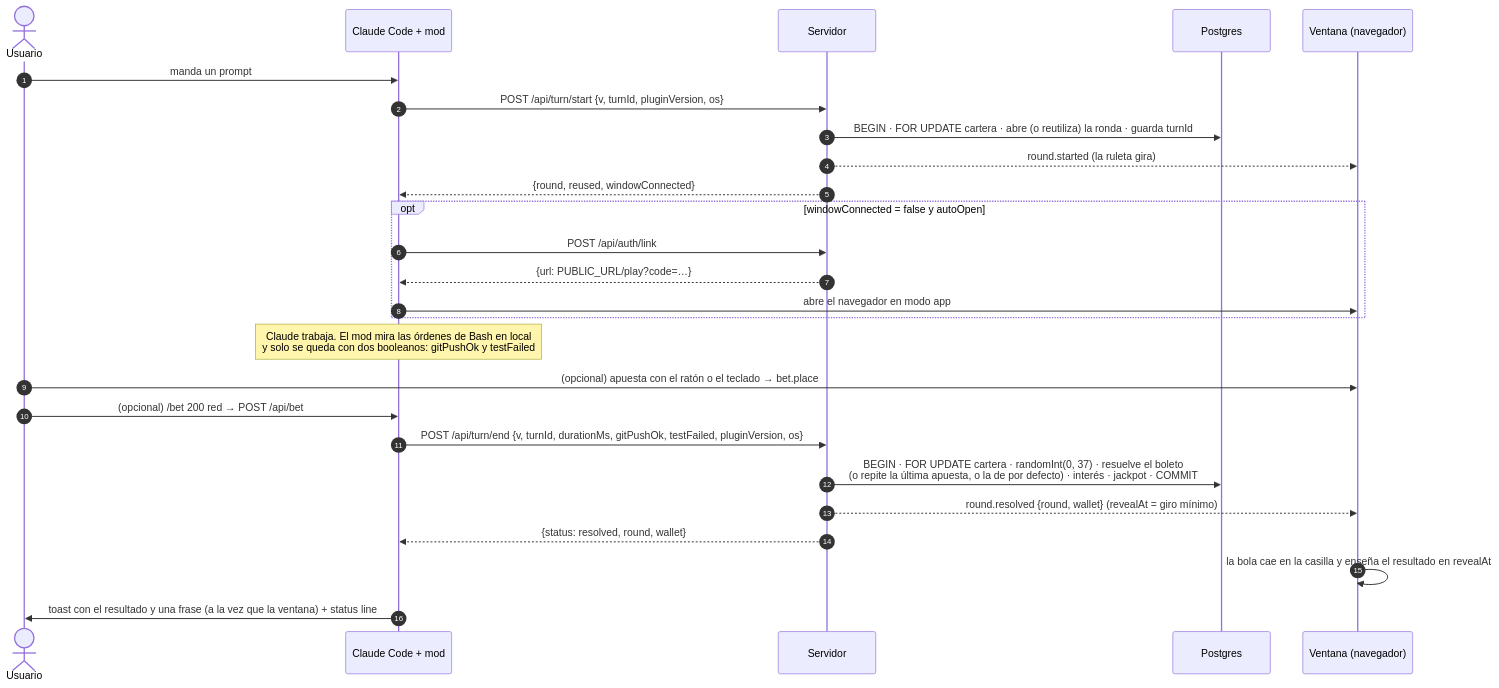
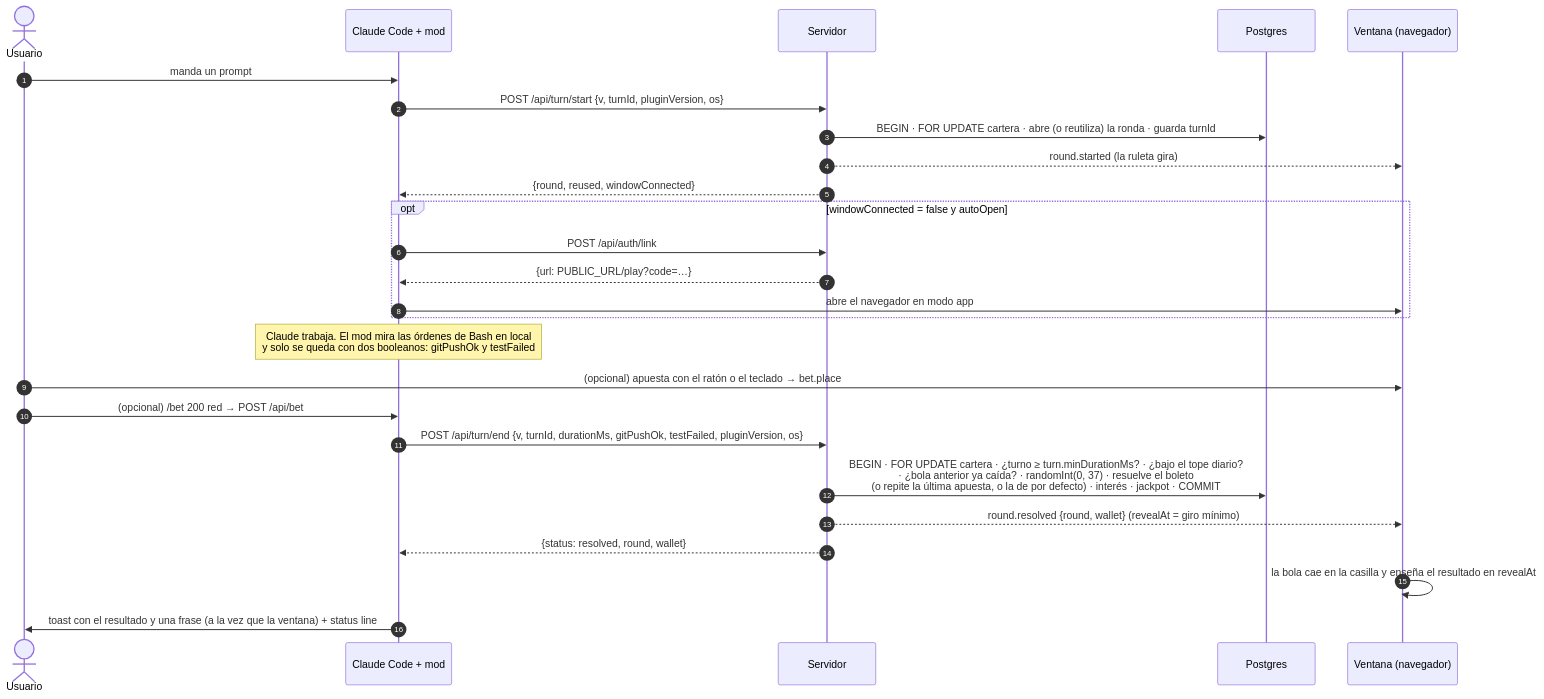
One commit to Aimarmndz/vibe-gambling changed the second of 6 diagrams in docs/ARQUITECTURA.md. Above: the diagram before and after it, drawn with Mermaid. The commit also changed other lines of this file and 7 other files, not shown here.

````diff
--- a/docs/ARQUITECTURA.md
+++ b/docs/ARQUITECTURA.md
@@ -65,29 +65,29 @@
 ```mermaid
 sequenceDiagram
   autonumber
   actor U as Usuario
   participant CC as Claude Code + mod
   participant S as Servidor
   participant DB as Postgres
   participant W as Ventana (navegador)
 
   U->>CC: manda un prompt
   CC->>S: POST /api/turn/start {v, turnId, pluginVersion, os}
   S->>DB: BEGIN · FOR UPDATE cartera · abre (o reutiliza) la ronda · guarda turnId
   S-->>W: round.started (la ruleta gira)
   S-->>CC: {round, reused, windowConnected}
   opt windowConnected = false y autoOpen
     CC->>S: POST /api/auth/link
     S-->>CC: {url: PUBLIC_URL/play?code=…}
     CC->>W: abre el navegador en modo app
   end
   Note over CC: Claude trabaja. El mod mira las órdenes de Bash en local<br/>y solo se queda con dos booleanos: gitPushOk y testFailed
   U->>W: (opcional) apuesta con el ratón o el teclado → bet.place
   U->>CC: (opcional) /bet 200 red → POST /api/bet
   CC->>S: POST /api/turn/end {v, turnId, durationMs, gitPushOk, testFailed, pluginVersion, os}
-  S->>DB: BEGIN · FOR UPDATE cartera · randomInt(0, 37) · resuelve el boleto<br/>(o repite la última apuesta, o la de por defecto) · interés · jackpot · COMMIT
+  S->>DB: BEGIN · FOR UPDATE cartera · ¿turno ≥ turn.minDurationMs? · ¿bajo el tope diario?<br/>· ¿bola anterior ya caída? · randomInt(0, 37) · resuelve el boleto<br/>(o repite la última apuesta, o la de por defecto) · interés · jackpot · COMMIT
   S-->>W: round.resolved {round, wallet} (revealAt = giro mínimo)
   S-->>CC: {status: resolved, round, wallet}
   W->>W: la bola cae en la casilla y enseña el resultado en revealAt
   CC->>U: toast con el resultado y una frase (a la vez que la ventana) + status line
 ```
````
